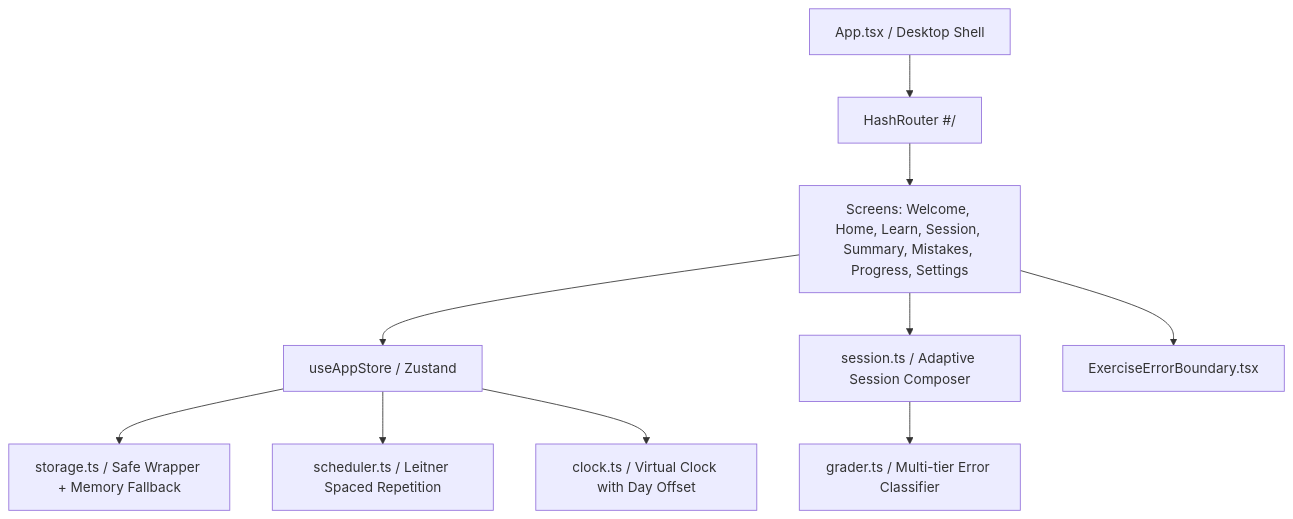
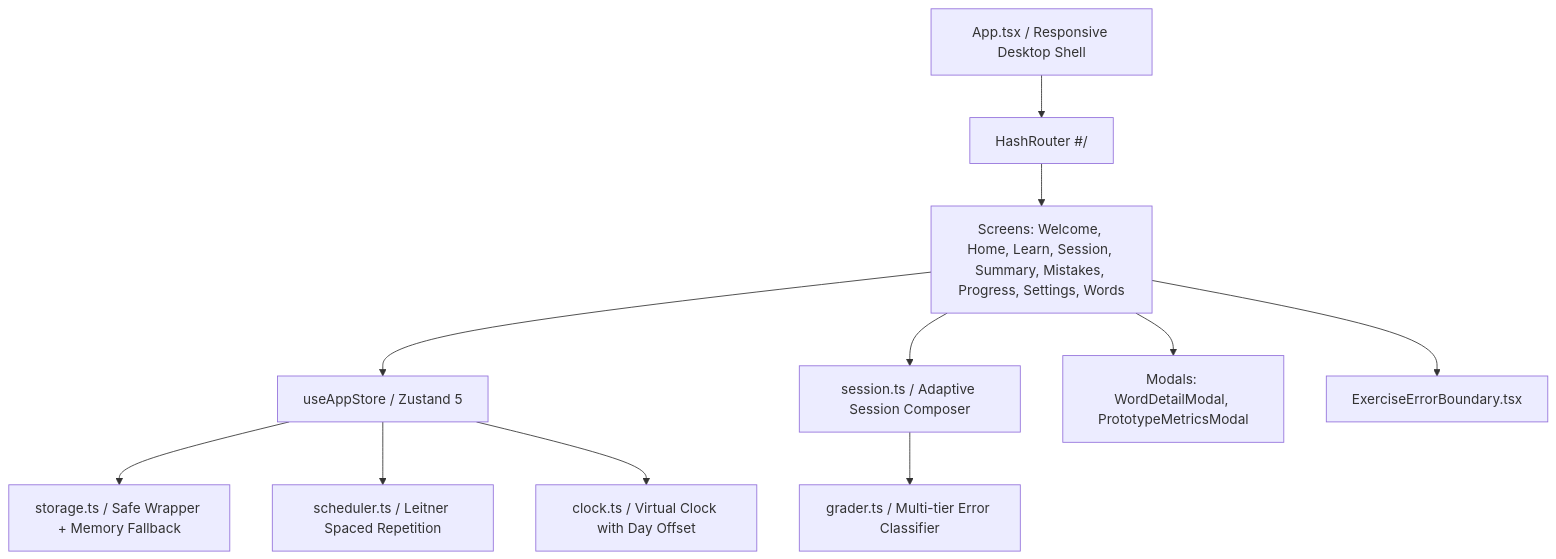
The first of 2 diagrams in project_report.md (Akshay-2441505/Station_Deutsch), drawn with Mermaid before and after one commit. The commit also changed other lines of this file, not shown here.

````diff
--- a/project_report.md
+++ b/project_report.md
@@ -44,12 +49,13 @@
 ```mermaid
 graph TD
-    App[App.tsx / Desktop Shell] --> Router[HashRouter #/]
-    Router --> Screens[Screens: Welcome, Home, Learn, Session, Summary, Mistakes, Progress, Settings]
-    Screens --> Store[useAppStore / Zustand]
+    App[App.tsx / Responsive Desktop Shell] --> Router[HashRouter #/]
+    Router --> Screens[Screens: Welcome, Home, Learn, Session, Summary, Mistakes, Progress, Settings, Words]
+    Screens --> Store[useAppStore / Zustand 5]
     Store --> Storage[storage.ts / Safe Wrapper + Memory Fallback]
     Store --> Scheduler[scheduler.ts / Leitner Spaced Repetition]
     Store --> Clock[clock.ts / Virtual Clock with Day Offset]
     Screens --> SessionComposer[session.ts / Adaptive Session Composer]
     SessionComposer --> Grader[grader.ts / Multi-tier Error Classifier]
+    Screens --> Modals[Modals: WordDetailModal, PrototypeMetricsModal]
     Screens --> ErrorBoundary[ExerciseErrorBoundary.tsx]
 ```
````
